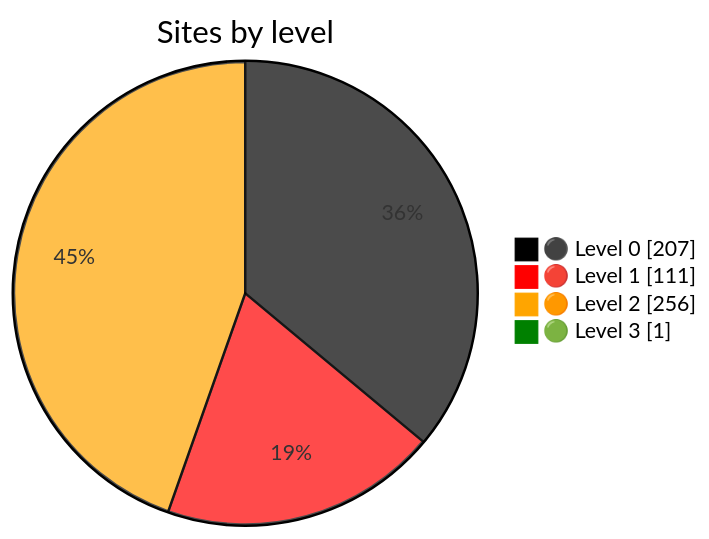
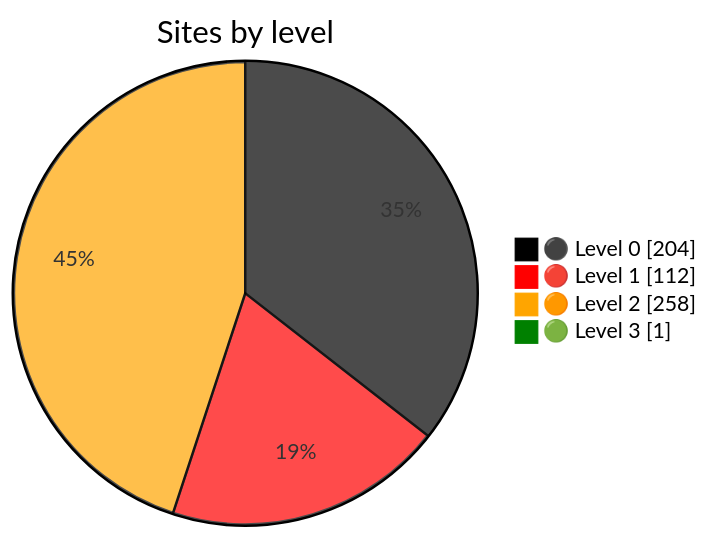
Before and after one commit to nuuuwan/gov_lk_web_auditor: the diagram in README.md, drawn with Mermaid. The commit also changed other lines of this file and 2569 other files, not shown here.

````diff
--- a/README.md
+++ b/README.md
@@ -24,9 +24,9 @@
 ```mermaid
 %%{init: {"themeVariables":{"pie1":"black","pie2":"red","pie3":"orange","pie4":"green"}}}%%
 pie showData
     title Sites by level
-    "⚫ Level 0" : 207
-    "🔴 Level 1" : 111
-    "🟠 Level 2" : 256
+    "⚫ Level 0" : 204
+    "🔴 Level 1" : 112
+    "🟠 Level 2" : 258
     "🟢 Level 3" : 1
 ```
````
